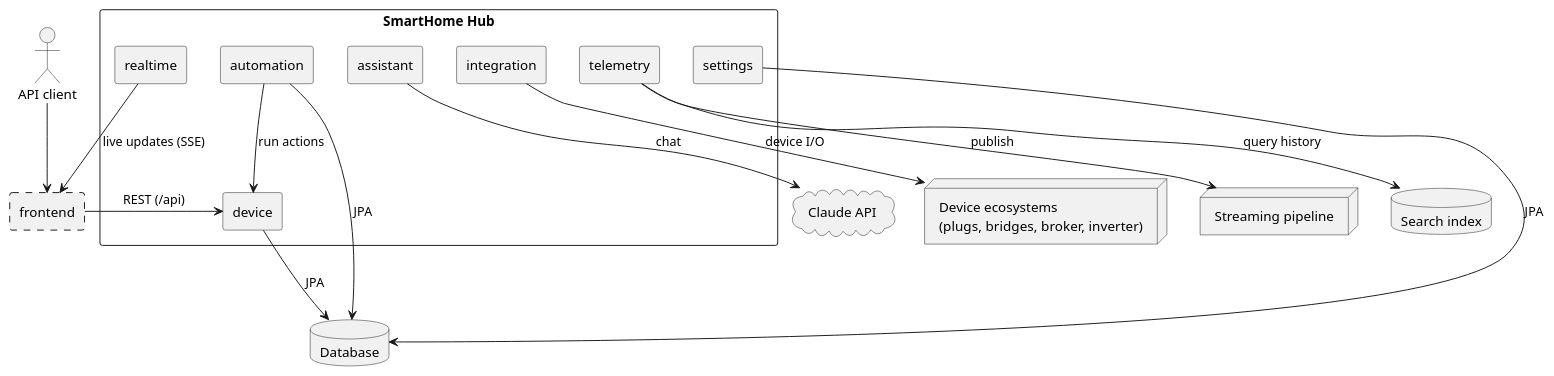
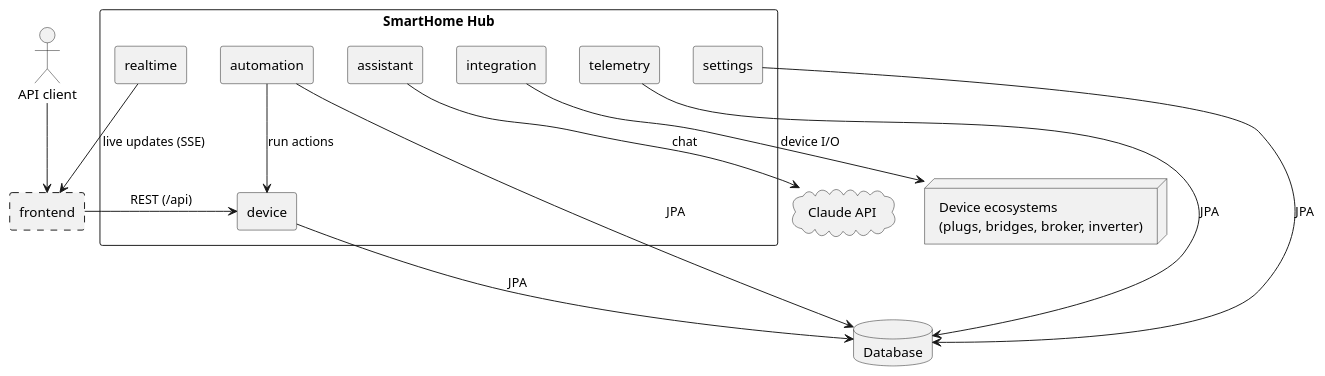
The first of 4 diagrams in docs/modules/ROOT/pages/05-building-block-view.adoc (FelixGeisler/SmartHome), drawn with PlantUML before and after one commit. The commit also changed other lines of this file and 44 other files, not shown here.

Commit message:
#66 Embed sensor history in the hub database and remove the Kafka and Elasticsearch stack

```diff
--- a/docs/modules/ROOT/pages/05-building-block-view.adoc
+++ b/docs/modules/ROOT/pages/05-building-block-view.adoc
@@ -9,37 +9,34 @@
 [plantuml,building-blocks,svg]
 ----
 @startuml
 skinparam componentStyle rectangle
 
 actor "API client" as client
 [frontend] as fe #line.dashed
 
 rectangle "SmartHome Hub" {
   [assistant]
   [device]
   [integration]
   [telemetry]
   [realtime]
   [automation]
   [settings]
 }
 
 database "Database" as db
-database "Search index" as idx
 node "Device ecosystems\n(plugs, bridges, broker, inverter)" as world
-node "Streaming pipeline" as pipeline
 cloud "Claude API" as claude
 
 client --> fe
 fe --> device : REST (/api)
 realtime --> fe : live updates (SSE)
 assistant --> claude : chat
 integration --> world : device I/O
-telemetry --> pipeline : publish
-telemetry --> idx : query history
+telemetry --> db : JPA
 automation --> device : run actions
 device --> db : JPA
 automation --> db : JPA
 settings --> db : JPA
 @enduml
 ----
```
